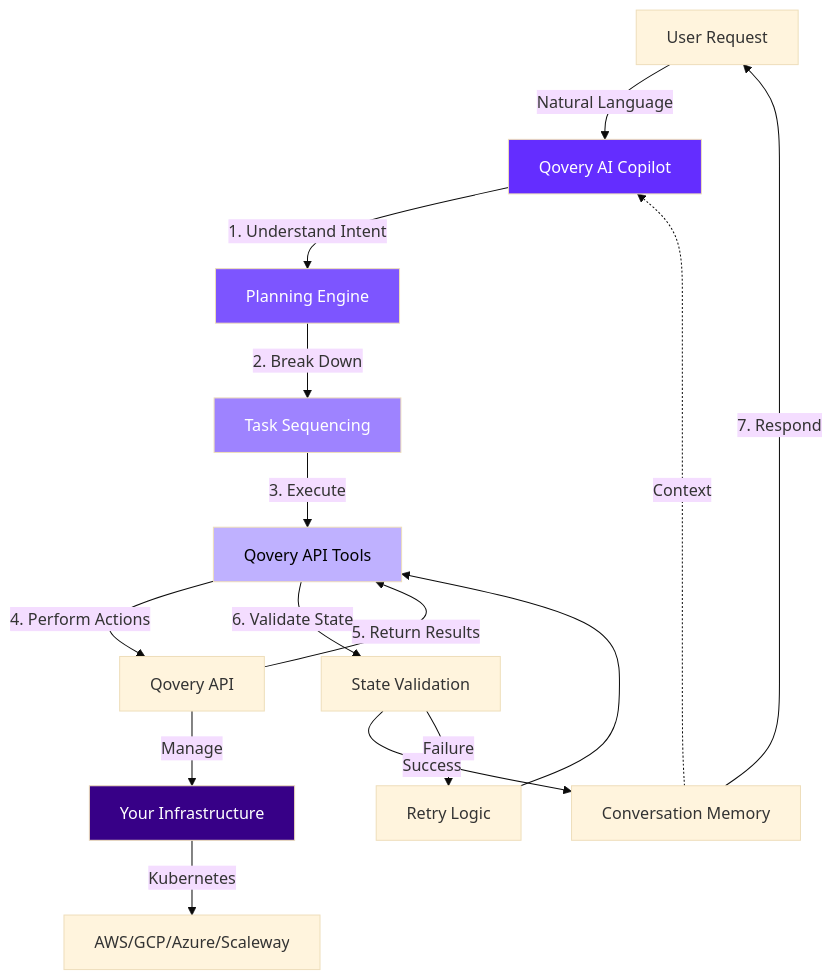
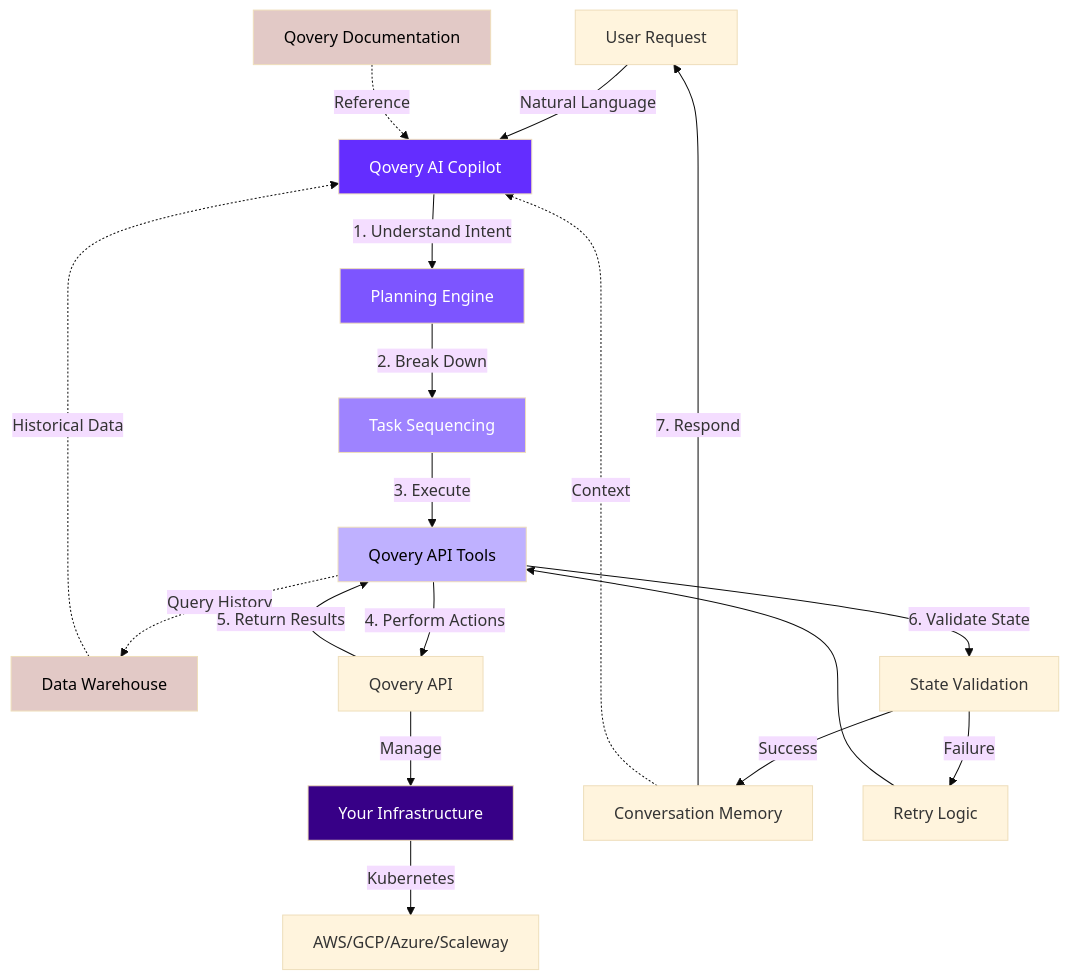
The diagram in copilot/overview.mdx (Qovery/documentation-v2), drawn with Mermaid (base theme) before and after one commit. The commit also changed other lines of this file, not shown here.

First line of the commit message:
Add knowledge sources to Copilot architecture diagram

````diff
--- a/copilot/overview.mdx
+++ b/copilot/overview.mdx
@@ -85,23 +85,34 @@
 ```mermaid
 graph TB
     User[User Request] -->|Natural Language| Copilot[Qovery AI Copilot]
+
+    %% Knowledge Sources
+    Docs[Qovery Documentation] -.->|Reference| Copilot
+    DW[Data Warehouse] -.->|Historical Data| Copilot
+
     Copilot -->|1. Understand Intent| Planning[Planning Engine]
     Planning -->|2. Break Down| Tasks[Task Sequencing]
     Tasks -->|3. Execute| Tools[Qovery API Tools]
+
+    %% Query historical data when needed
+    Tools -.->|Query History| DW
+
     Tools -->|4. Perform Actions| QoveryAPI[Qovery API]
     QoveryAPI -->|Manage| Infrastructure[Your Infrastructure]
     Infrastructure -->|Kubernetes| K8s[AWS/GCP/Azure/Scaleway]
     QoveryAPI -->|5. Return Results| Tools
     Tools -->|6. Validate State| Validation[State Validation]
     Validation -->|Success| Memory[Conversation Memory]
     Validation -->|Failure| Retry[Retry Logic]
     Retry --> Tools
     Memory -->|7. Respond| User
     Memory -.->|Context| Copilot
 
     style Copilot fill:#642DFF,color:#fff
     style Planning fill:#7D55FF,color:#fff
     style Tasks fill:#9E83FF,color:#fff
     style Tools fill:#BFB1FF,color:#000
     style Infrastructure fill:#370087,color:#fff
+    style Docs fill:#E2C9C6,color:#000
+    style DW fill:#E2C9C6,color:#000
 ```
````
